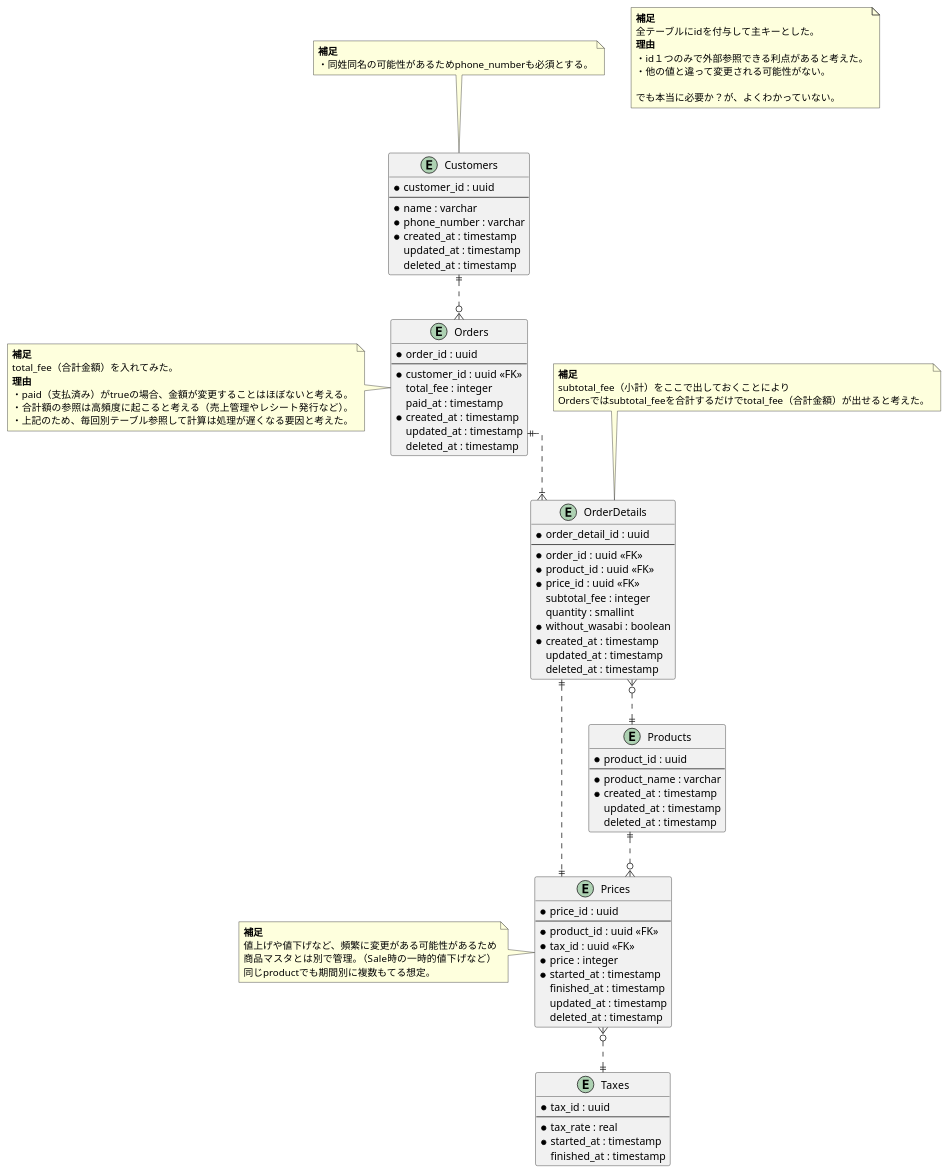
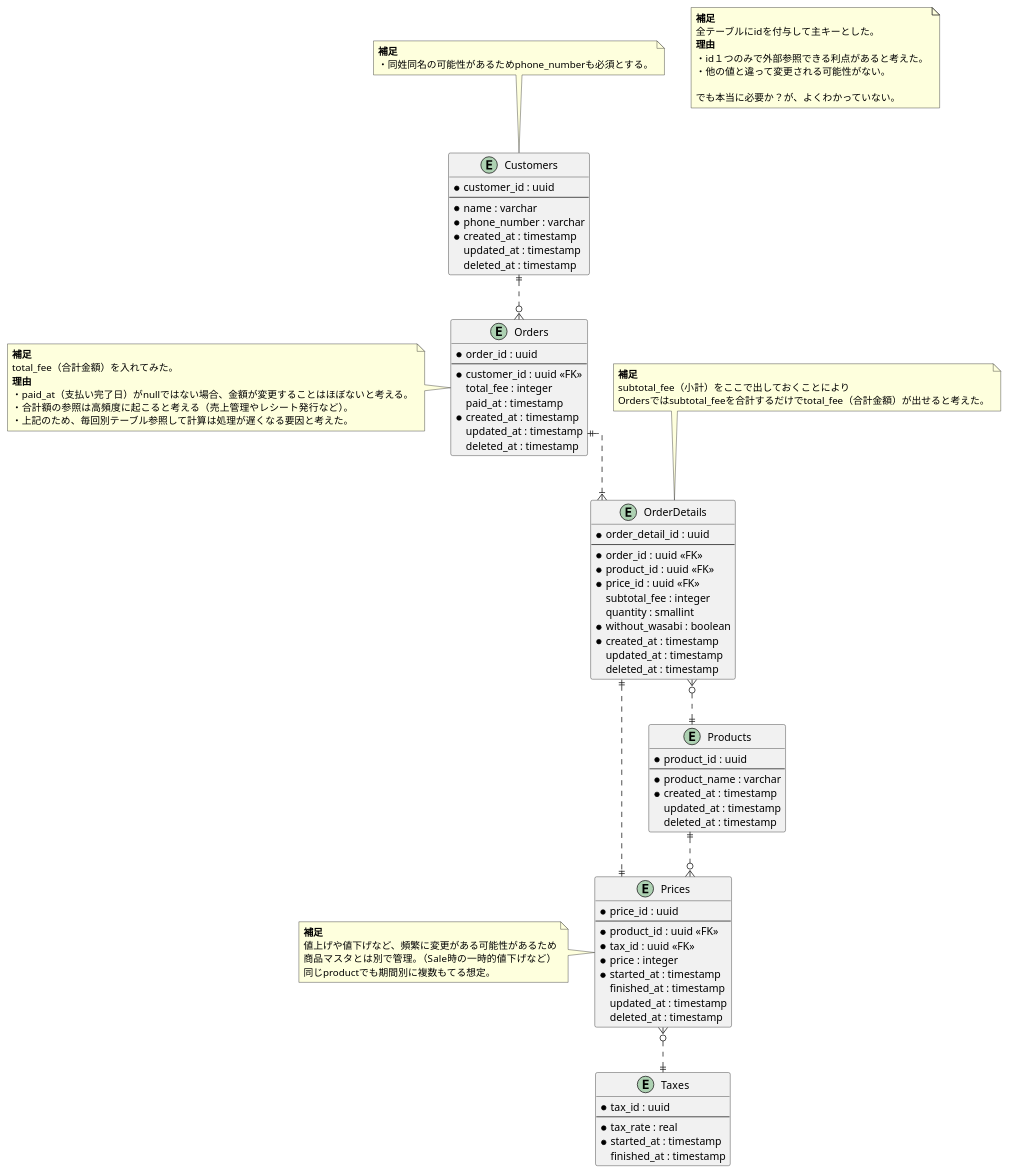
The diagram in 01_データベース設計/01_DBモデリング1/01_課題1/sushi_ordering_schema_01.puml (moritanuki/praha_challenge), drawn with PlantUML before and after one commit.

Commit message:
DB_Modeling 補足説明の修正（paid→paid_at）

```diff
--- a/01_データベース設計/01_DBモデリング1/01_課題1/sushi_ordering_schema_01.puml
+++ b/01_データベース設計/01_DBモデリング1/01_課題1/sushi_ordering_schema_01.puml
@@ -1,121 +1,121 @@
 @startuml sushi_ordering_schema_01
 
 skinparam {
   ' カーディナリティ斜め対策
    linetype ortho
 }
 
 ' 顧客マスタ
 entity "Customers" as Customers {
   * customer_id : uuid
   --
   * name : varchar
   * phone_number : varchar
   * created_at : timestamp
     updated_at : timestamp
     deleted_at : timestamp
 }
 
 note top of Customers
   <b>補足</b>
   ・同姓同名の可能性があるためphone_numberも必須とする。
 end note
 
 ' 商品マスタ
 entity "Products" as Products {
   * product_id : uuid
   --
   * product_name : varchar
   * created_at : timestamp
     updated_at : timestamp
     deleted_at : timestamp
 }
 
 ' 商品金額テーブル
 entity "Prices" as Prices {
   * price_id : uuid
   --
   * product_id : uuid <<FK>>
   * tax_id : uuid <<FK>>
   * price : integer
   * started_at : timestamp
     finished_at : timestamp
     updated_at : timestamp
     deleted_at : timestamp
 }
 
 note left of Prices
   <b>補足</b>
   値上げや値下げなど、頻繁に変更がある可能性があるため
   商品マスタとは別で管理。（Sale時の一時的値下げなど）
   同じproductでも期間別に複数もてる想定。
 end note
 
 ' 消費税マスタ
 entity "Taxes" as Taxes {
   * tax_id : uuid
   --
   * tax_rate : real
   * started_at : timestamp
     finished_at : timestamp
 }
 
 ' 注文テーブル
 entity "Orders" as Orders {
   * order_id : uuid
   --
   * customer_id : uuid <<FK>>
     total_fee : integer
     paid_at : timestamp
   * created_at : timestamp
     updated_at : timestamp
     deleted_at : timestamp
 }
 
 note left of Orders
   <b>補足</b>
   total_fee（合計金額）を入れてみた。
   <b>理由</b>
-  ・paid（支払済み）がtrueの場合、金額が変更することはほぼないと考える。
+  ・paid_at（支払い完了日）がnullではない場合、金額が変更することはほぼないと考える。
   ・合計額の参照は高頻度に起こると考える（売上管理やレシート発行など）。
   ・上記のため、毎回別テーブル参照して計算は処理が遅くなる要因と考えた。
 end note
 
 entity "OrderDetails" as OrderDetails {
   * order_detail_id : uuid
   --
   * order_id : uuid <<FK>>
   * product_id : uuid <<FK>>
   * price_id : uuid <<FK>>
     subtotal_fee : integer
     quantity : smallint
   * without_wasabi : boolean
   * created_at : timestamp
     updated_at : timestamp
     deleted_at : timestamp
 }
 
 note top of OrderDetails
   <b>補足</b>
   subtotal_fee（小計）をここで出しておくことにより
   Ordersではsubtotal_feeを合計するだけでtotal_fee（合計金額）が出せると考えた。
 end note
 
 Customers ||..o{ Orders
 Orders ||..|{ OrderDetails
 OrderDetails }o..|| Products
 OrderDetails ||..|| Prices
 Products ||..o{ Prices
 Prices }o..|| Taxes
 
 note as note1
   <b>補足</b>
   全テーブルにidを付与して主キーとした。
   <b>理由</b>
   ・id１つのみで外部参照できる利点があると考えた。
   ・他の値と違って変更される可能性がない。
 
   でも本当に必要か？が、よくわかっていない。
 end note
 
 @enduml
```
